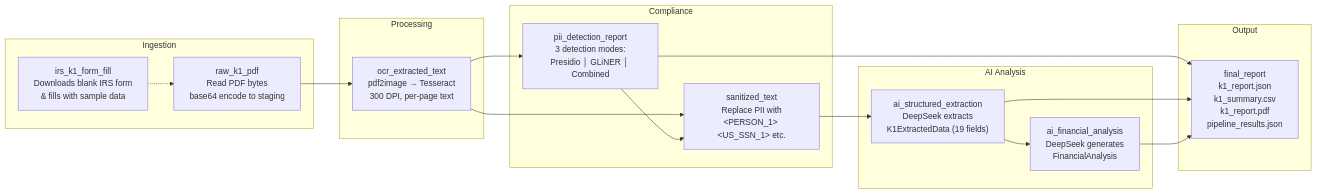
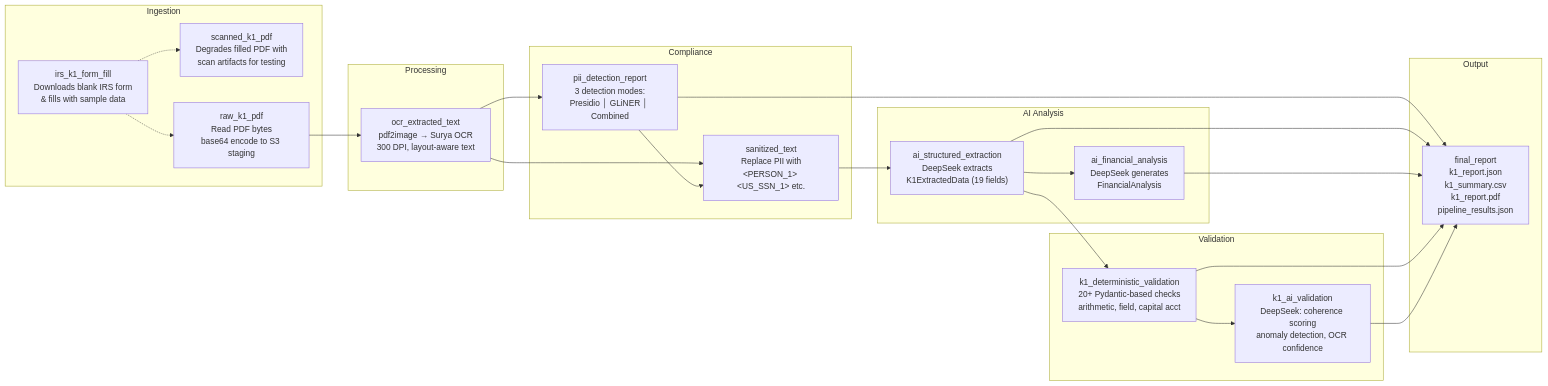
One commit to danielpodrazka/dagster-document-intelligence changed the second of 8 diagrams in README.md. Above: the diagram before and after it, drawn with Mermaid. The commit also changed other lines of this file and 5 other files, not shown here.

First line of the commit message:
Update README, upgrade Surya OCR to v0.17 API, and add future enhancements doc

````diff
--- a/README.md
+++ b/README.md
@@ -62,36 +68,47 @@
 ```mermaid
 graph LR
     subgraph Ingestion
         A1["irs_k1_form_fill<br/>Downloads blank IRS form<br/>& fills with sample data"]
-        A2["raw_k1_pdf<br/>Read PDF bytes<br/>base64 encode to staging"]
+        A1b["scanned_k1_pdf<br/>Degrades filled PDF with<br/>scan artifacts for testing"]
+        A2["raw_k1_pdf<br/>Read PDF bytes<br/>base64 encode to S3 staging"]
     end
 
     subgraph Processing
-        B1["ocr_extracted_text<br/>pdf2image → Tesseract<br/>300 DPI, per-page text"]
+        B1["ocr_extracted_text<br/>pdf2image → Surya OCR<br/>300 DPI, layout-aware text"]
     end
 
     subgraph Compliance
         C1["pii_detection_report<br/>3 detection modes:<br/>Presidio │ GLiNER │ Combined"]
         C2["sanitized_text<br/>Replace PII with<br/>&lt;PERSON_1&gt; &lt;US_SSN_1&gt; etc."]
     end
 
     subgraph AI["AI Analysis"]
         D1["ai_structured_extraction<br/>DeepSeek extracts<br/>K1ExtractedData (19 fields)"]
         D2["ai_financial_analysis<br/>DeepSeek generates<br/>FinancialAnalysis"]
     end
 
+    subgraph Validation["Validation"]
+        V1["k1_deterministic_validation<br/>20+ Pydantic-based checks<br/>arithmetic, field, capital acct"]
+        V2["k1_ai_validation<br/>DeepSeek: coherence scoring<br/>anomaly detection, OCR confidence"]
+    end
+
     subgraph Report["Output"]
         E1["final_report<br/>k1_report.json<br/>k1_summary.csv<br/>k1_report.pdf<br/>pipeline_results.json"]
     end
 
+    A1 -.-> A1b
     A1 -.-> A2
     A2 --> B1
     B1 --> C1
     B1 --> C2
     C1 --> C2
     C2 --> D1
     D1 --> D2
+    D1 --> V1
+    V1 --> V2
     C1 --> E1
     D1 --> E1
     D2 --> E1
+    V1 --> E1
+    V2 --> E1
 ```
````
